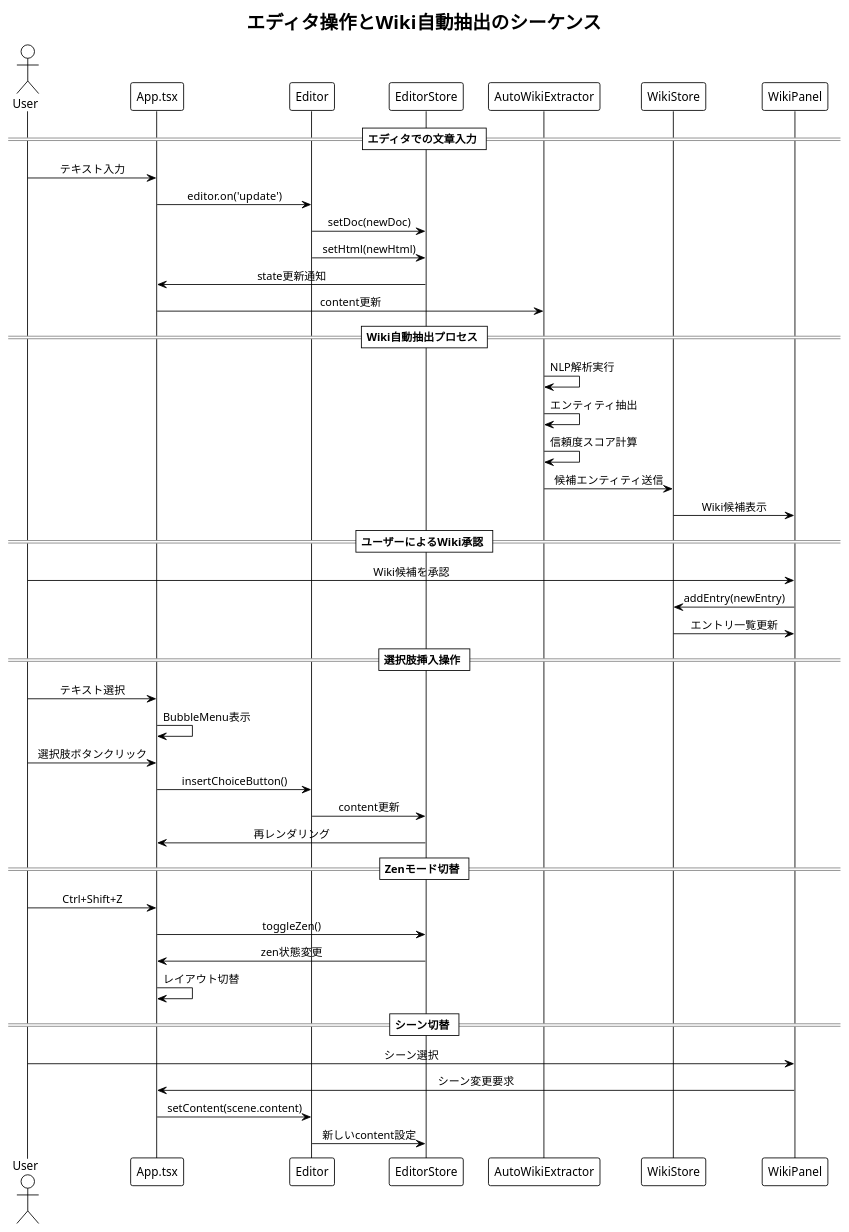
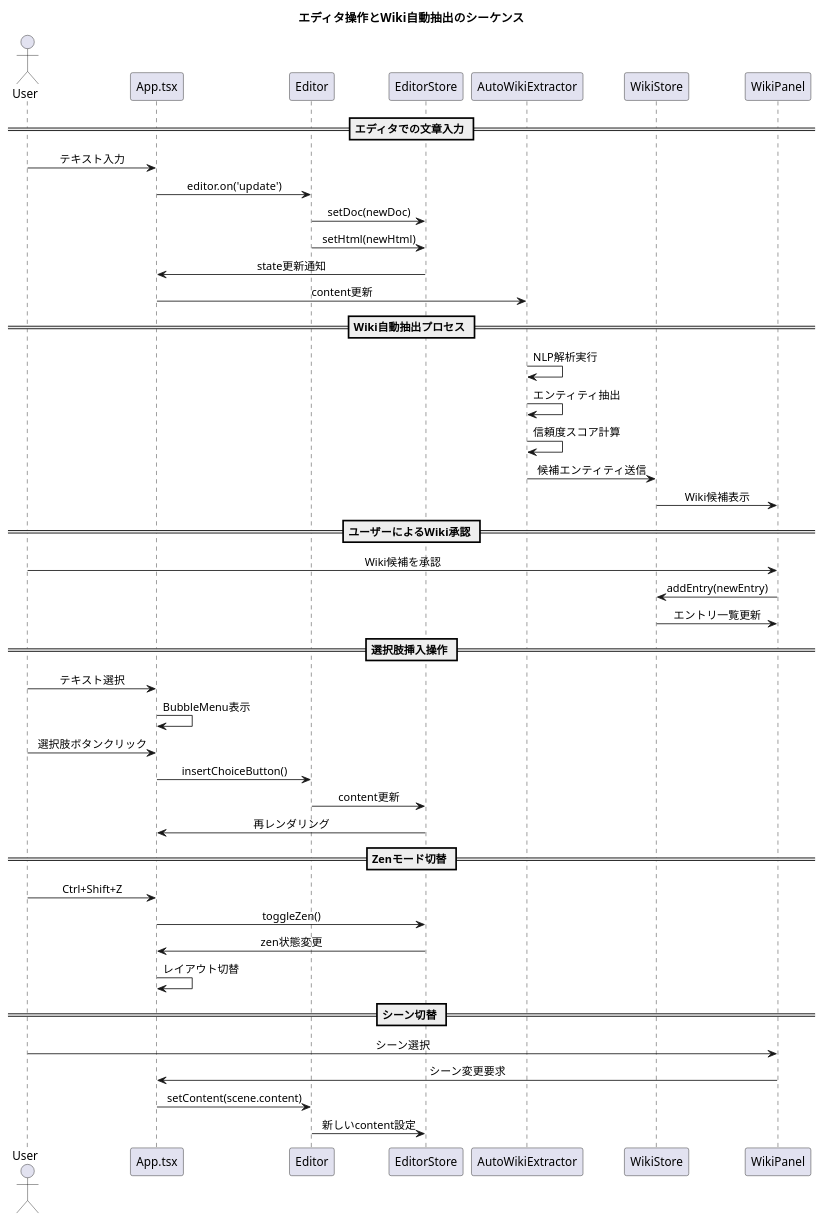
One commit to YuShimoji/NarrativeGenEditorPage changed the diagram in docs/uml/sequence-diagram.puml. Above: the diagram before and after it, drawn with PlantUML. The commit also changed 8 other files, not shown here.

```diff
--- a/docs/uml/sequence-diagram.puml
+++ b/docs/uml/sequence-diagram.puml
@@ -1,55 +1,54 @@
 @startuml NarrativeGenEditor-SequenceDiagram
-!theme plain
 skinparam sequenceMessageAlign center
 
-title エディタ操作とWiki自動抽出のシーケンス
+title "エディタ操作とWiki自動抽出のシーケンス"
 
 actor User as U
 participant "App.tsx" as App
 participant "Editor" as E
 participant "EditorStore" as ES
 participant "AutoWikiExtractor" as AWE
 participant "WikiStore" as WS
 participant "WikiPanel" as WP
 
 == エディタでの文章入力 ==
-U -> App: テキスト入力
-App -> E: editor.on('update')
-E -> ES: setDoc(newDoc)
-E -> ES: setHtml(newHtml)
-ES -> App: state更新通知
-App -> AWE: content更新
+U -> App : テキスト入力
+App -> E : editor.on('update')
+E -> ES : setDoc(newDoc)
+E -> ES : setHtml(newHtml)
+ES -> App : state更新通知
+App -> AWE : content更新
 
 == Wiki自動抽出プロセス ==
-AWE -> AWE: NLP解析実行
-AWE -> AWE: エンティティ抽出
-AWE -> AWE: 信頼度スコア計算
-AWE -> WS: 候補エンティティ送信
-WS -> WP: Wiki候補表示
+AWE -> AWE : NLP解析実行
+AWE -> AWE : エンティティ抽出
+AWE -> AWE : 信頼度スコア計算
+AWE -> WS : 候補エンティティ送信
+WS -> WP : Wiki候補表示
 
 == ユーザーによるWiki承認 ==
-U -> WP: Wiki候補を承認
-WP -> WS: addEntry(newEntry)
-WS -> WP: エントリ一覧更新
+U -> WP : Wiki候補を承認
+WP -> WS : addEntry(newEntry)
+WS -> WP : エントリ一覧更新
 
 == 選択肢挿入操作 ==
-U -> App: テキスト選択
-App -> App: BubbleMenu表示
-U -> App: 選択肢ボタンクリック
-App -> E: insertChoiceButton()
-E -> ES: content更新
-ES -> App: 再レンダリング
+U -> App : テキスト選択
+App -> App : BubbleMenu表示
+U -> App : 選択肢ボタンクリック
+App -> E : insertChoiceButton()
+E -> ES : content更新
+ES -> App : 再レンダリング
 
 == Zenモード切替 ==
-U -> App: Ctrl+Shift+Z
-App -> ES: toggleZen()
-ES -> App: zen状態変更
-App -> App: レイアウト切替
+U -> App : Ctrl+Shift+Z
+App -> ES : toggleZen()
+ES -> App : zen状態変更
+App -> App : レイアウト切替
 
 == シーン切替 ==
-U -> WP: シーン選択
-WP -> App: シーン変更要求
-App -> E: setContent(scene.content)
-E -> ES: 新しいcontent設定
+U -> WP : シーン選択
+WP -> App : シーン変更要求
+App -> E : setContent(scene.content)
+E -> ES : 新しいcontent設定
 
 @enduml
```
